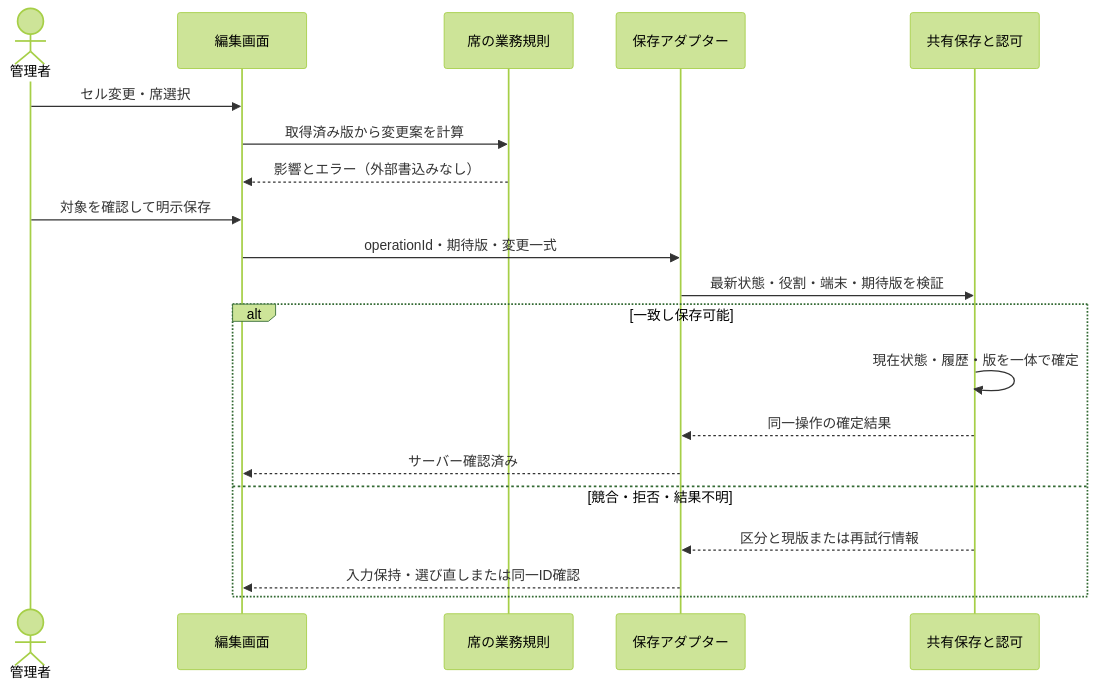
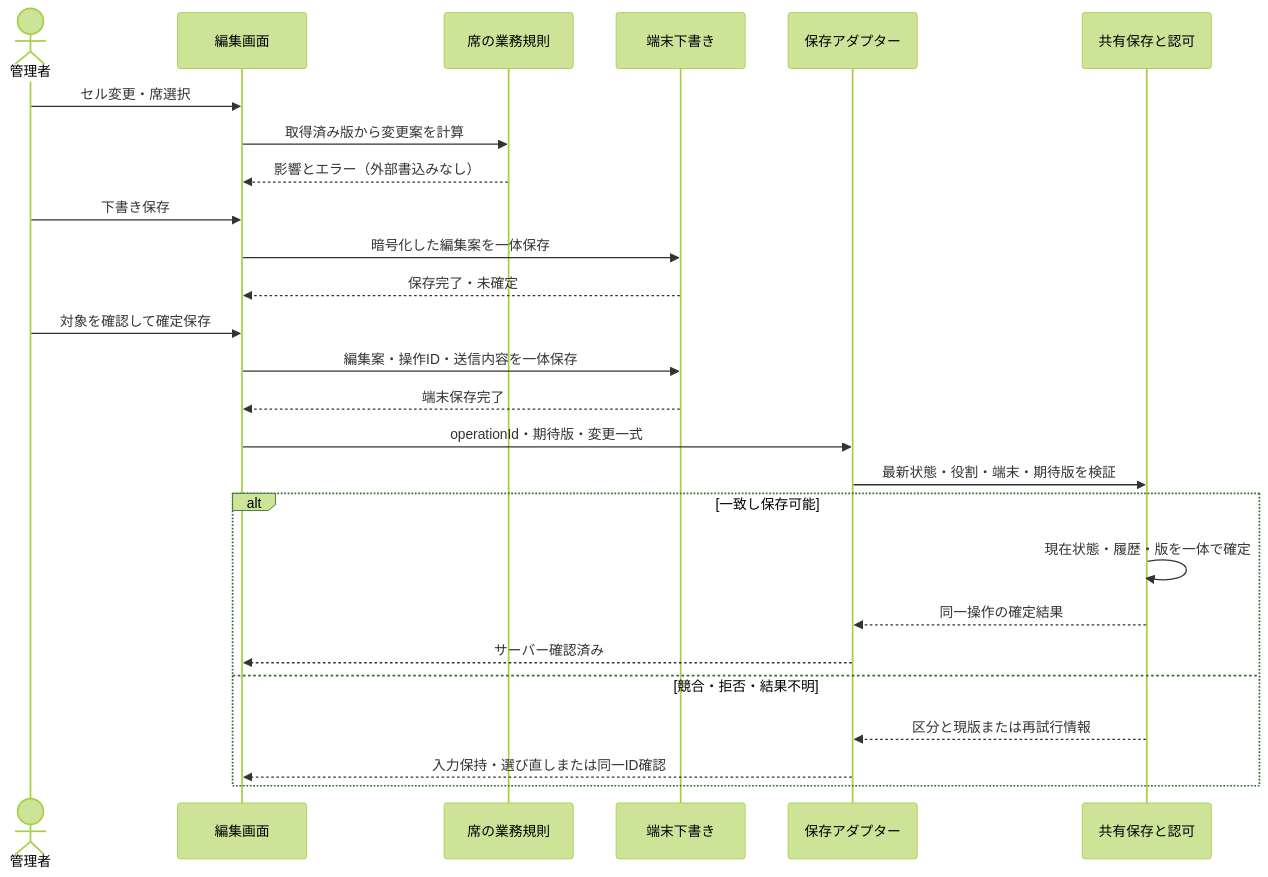
One commit to EU0207/concert-reception-system changed the diagram in docs/development/detailed-design/seat-management-detail-design.md. Above: the diagram before and after it, drawn with Mermaid (forest theme). The commit also changed other lines of this file and 16 other files, not shown here.

````diff
--- a/docs/development/detailed-design/seat-management-detail-design.md
+++ b/docs/development/detailed-design/seat-management-detail-design.md
@@ -248,22 +248,28 @@
 ```mermaid
 sequenceDiagram
     actor User as 管理者
     participant UI as 編集画面
     participant Domain as 席の業務規則
+    participant Local as 端末下書き
     participant Store as 保存アダプター
     participant Shared as 共有保存と認可
     User->>UI: セル変更・席選択
     UI->>Domain: 取得済み版から変更案を計算
     Domain-->>UI: 影響とエラー（外部書込みなし）
-    User->>UI: 対象を確認して明示保存
+    User->>UI: 下書き保存
+    UI->>Local: 暗号化した編集案を一体保存
+    Local-->>UI: 保存完了・未確定
+    User->>UI: 対象を確認して確定保存
+    UI->>Local: 編集案・操作ID・送信内容を一体保存
+    Local-->>UI: 端末保存完了
     UI->>Store: operationId・期待版・変更一式
     Store->>Shared: 最新状態・役割・端末・期待版を検証
     alt 一致し保存可能
         Shared->>Shared: 現在状態・履歴・版を一体で確定
         Shared-->>Store: 同一操作の確定結果
         Store-->>UI: サーバー確認済み
     else 競合・拒否・結果不明
         Shared-->>Store: 区分と現版または再試行情報
         Store-->>UI: 入力保持・選び直しまたは同一ID確認
     end
 ```
````
